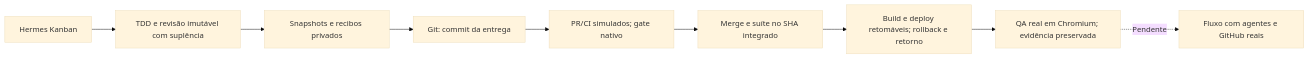
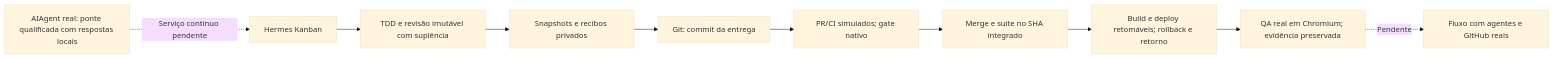
One commit to codifydeep/fabriquinha changed the first of 9 diagrams in README.md. Above: the diagram before and after it, drawn with Mermaid (base theme). The commit also changed other lines of this file and 14 other files, not shown here.

````diff
--- a/README.md
+++ b/README.md
@@ -26,11 +28,12 @@
 ```mermaid
 flowchart LR
+    N[AIAgent real: ponte qualificada com respostas locais] -. Serviço contínuo pendente .-> K
     K[Hermes Kanban] --> T[TDD e revisão imutável com suplência]
     T --> S[Snapshots e recibos privados]
     S --> G[Git: commit da entrega]
     G --> P[PR/CI simulados; gate nativo]
     P --> M[Merge e suíte no SHA integrado]
     M --> D[Build e deploy retomáveis; rollback e retorno]
     D --> Q[QA real em Chromium; evidência preservada]
     Q -. Pendente .-> A[Fluxo com agentes e GitHub reais]
 ```
````
